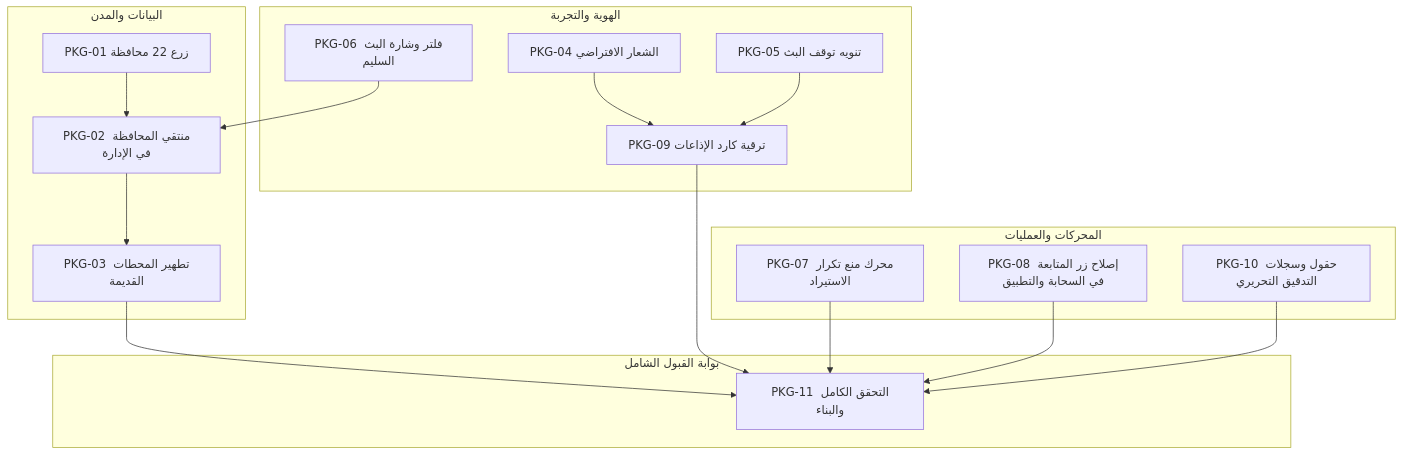
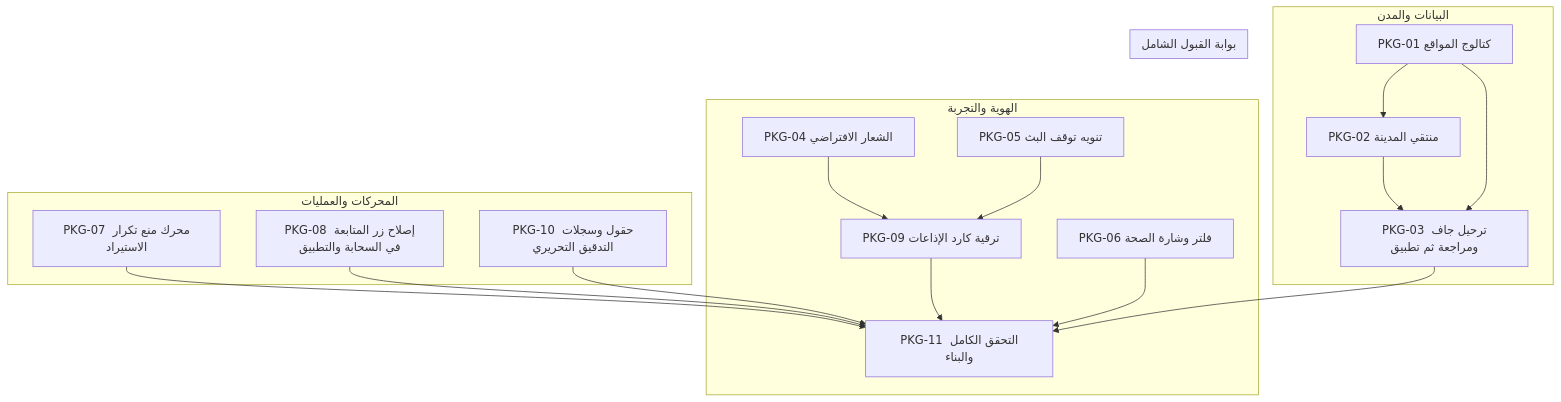
One commit to IbrahimQassem/FM-Pro changed the diagram in docs/roadmap/governorates-stream-import-card-roadmap-2026-10.md. Above: the diagram before and after it, drawn with Mermaid. The commit also changed other lines of this file and 48 other files, not shown here.

First line of the commit message:
feat: complete roadmap for governorates, stream health, deduplication, and station card luxury UI

````diff
--- a/docs/roadmap/governorates-stream-import-card-roadmap-2026-10.md
+++ b/docs/roadmap/governorates-stream-import-card-roadmap-2026-10.md
@@ -44,27 +44,28 @@
 ```mermaid
 flowchart TD
     subgraph DataAndSecurity["البيانات والمدن"]
-        A[PKG-01 زرع 22 محافظة] --> B[PKG-02 منتقي المحافظة في الإدارة]
-        B --> C[PKG-03 تطهير المحطات القديمة]
+        A[PKG-01 كتالوج المواقع] --> B[PKG-02 منتقي المدينة]
+        A --> C[PKG-03 ترحيل جاف ومراجعة ثم تطبيق]
+        B --> C
     end
 
     subgraph BrandAndUX["الهوية والتجربة"]
         D[PKG-04 الشعار الافتراضي] --> G[PKG-09 ترقية كارد الإذاعات]
         E[PKG-05 تنويه توقف البث] --> G
-        F[PKG-06 فلتر وشارة البث السليم] --> B
+        F[PKG-06 فلتر وشارة الصحة] --> K
     end
 
     subgraph CoreEngine["المحركات والعمليات"]
         H[PKG-07 محرك منع تكرار الاستيراد]
         I[PKG-08 إصلاح زر المتابعة في السحابة والتطبيق]
         J[PKG-10 حقول وسجلات التدقيق التحريري]
     end
 
     subgraph Verification["بوابة القبول الشامل"]
         C --> K[PKG-11 التحقق الكامل والبناء]
         G --> K
         H --> K
         I --> K
         J --> K
     end
 ```
````
